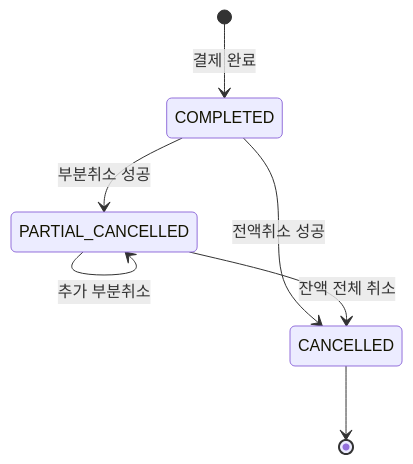
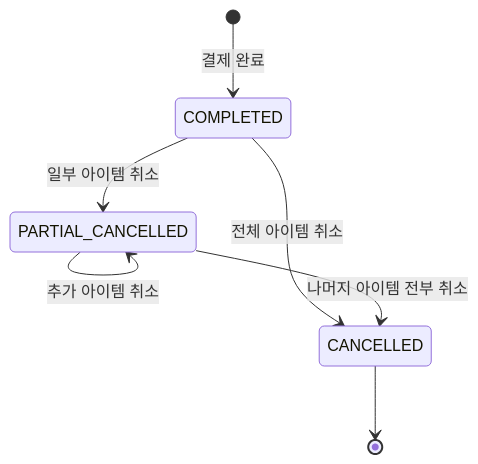
Before and after one commit to lsc713/docswithmulti: the first of 7 diagrams in sysdesign/detail/data-design.md, drawn with Mermaid. The commit also changed other lines of this file and 2 other files, not shown here.

First line of the commit message:
docs: 결제 취소 플로우 및 데이터 설계 문서 수정

````diff
--- a/sysdesign/detail/data-design.md
+++ b/sysdesign/detail/data-design.md
@@ -5,9 +5,9 @@
 ```mermaid
 stateDiagram-v2
   [*] --> COMPLETED : 결제 완료
-  COMPLETED --> PARTIAL_CANCELLED : 부분취소 성공
-  COMPLETED --> CANCELLED : 전액취소 성공
-  PARTIAL_CANCELLED --> PARTIAL_CANCELLED : 추가 부분취소
-  PARTIAL_CANCELLED --> CANCELLED : 잔액 전체 취소
+  COMPLETED --> PARTIAL_CANCELLED : 일부 아이템 취소
+  COMPLETED --> CANCELLED : 전체 아이템 취소
+  PARTIAL_CANCELLED --> PARTIAL_CANCELLED : 추가 아이템 취소
+  PARTIAL_CANCELLED --> CANCELLED : 나머지 아이템 전부 취소
   CANCELLED --> [*]
 ```
````
